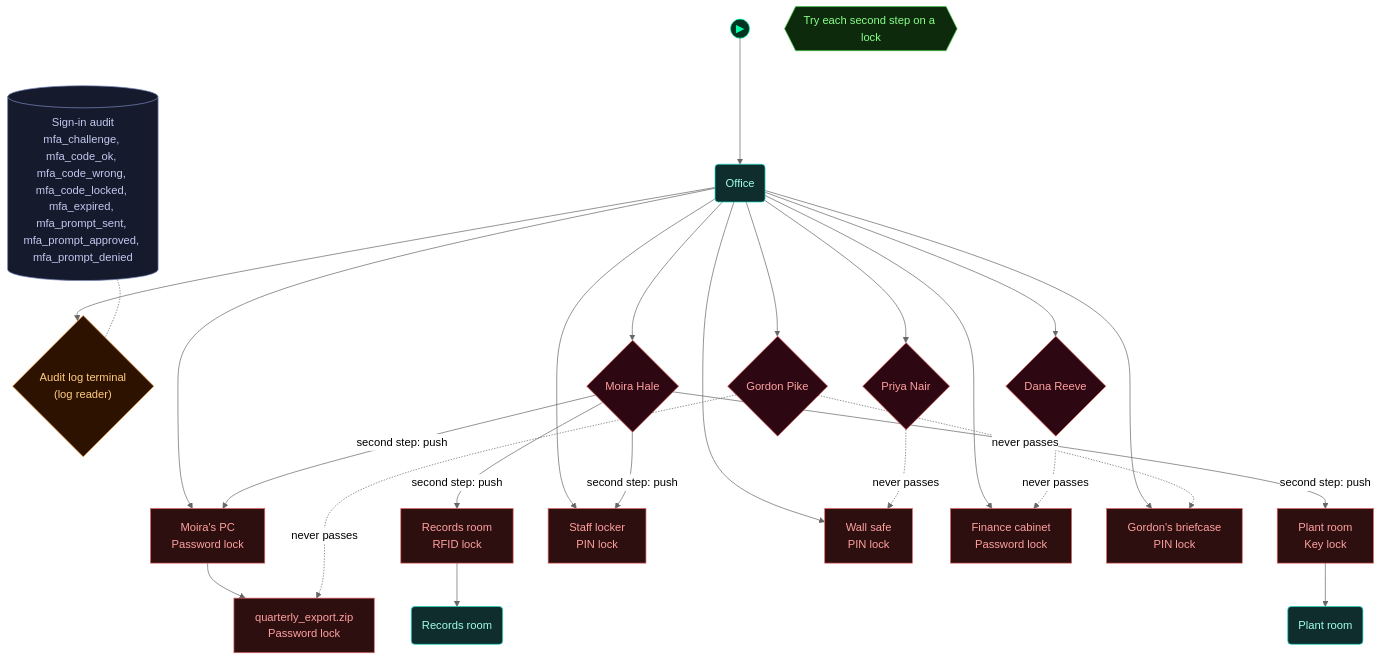
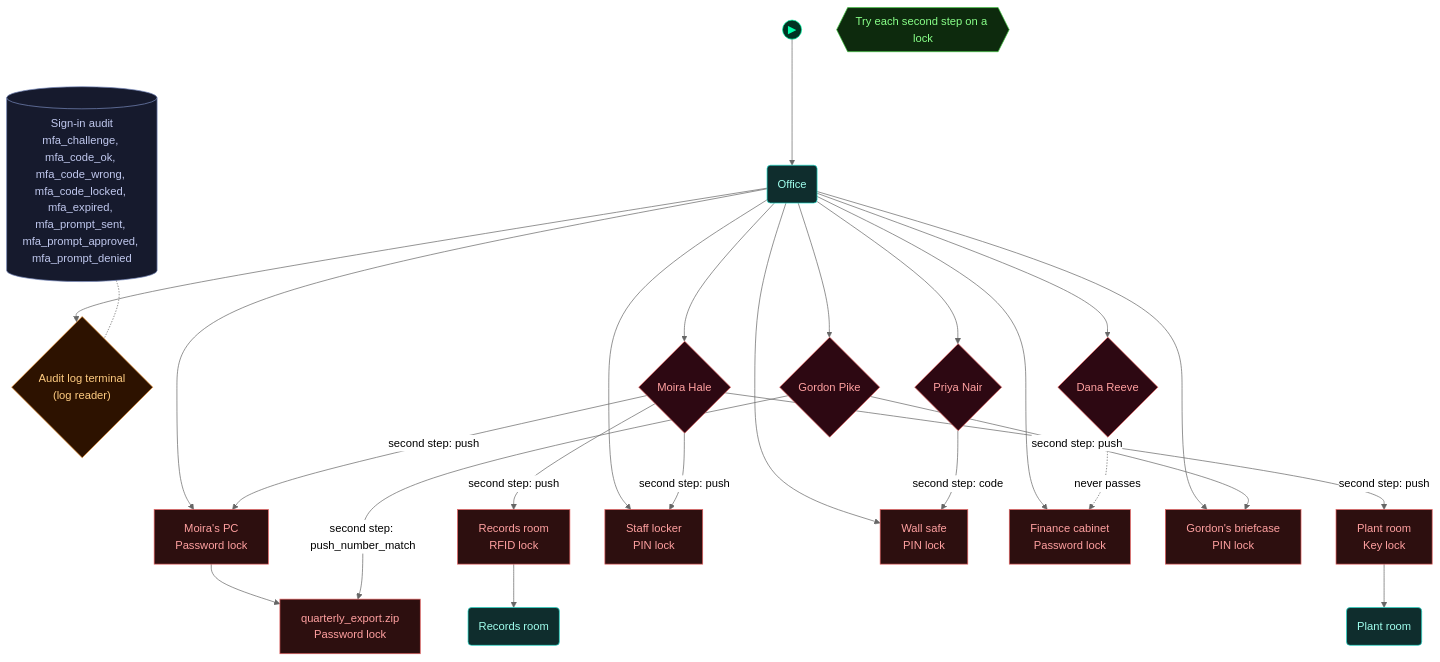
Before and after one commit to cliffe/BreakEscape: the third of 5 diagrams in scenarios/test_ops_lock_step/dungeon_graph.md, drawn with Mermaid (neutral theme). The commit also changed other lines of this file and 4 other files, not shown here.

Commit message:
Ops S8c unit 07 follow-up: the graph reads ink when judging whether a second step can pass

````diff
--- a/scenarios/test_ops_lock_step/dungeon_graph.md
+++ b/scenarios/test_ops_lock_step/dungeon_graph.md
@@ -157,72 +157,72 @@
 ```mermaid
 flowchart TD
 
   classDef room      fill:#0f2d2d,stroke:#22ddcc,color:#a0ffee
   classDef lock      fill:#2d0f0f,stroke:#e66060,color:#ffa0a0
   classDef key       fill:#2d0812,stroke:#e66060,color:#ffa0a0
   classDef item      fill:#2d1200,stroke:#e89030,color:#ffcc80
   classDef gate      fill:#111,stroke:#666,color:#eee
   classDef vm        fill:#0c1f40,stroke:#4a90d9,color:#a0c8ff
   classDef flag      fill:#1a0c2d,stroke:#9060d0,color:#cc99ff
   classDef action    fill:#1a1200,stroke:#cc9922,color:#ffee88
   classDef aim       fill:#0d2a0d,stroke:#44cc44,color:#88ff88
   classDef aim_gate  fill:#111111,stroke:#44cc44,color:#44cc44
   classDef container fill:#1a2d1a,stroke:#60b060,color:#a0e0a0
   classDef npc       fill:#2d1f0d,stroke:#d0a050,color:#ffe0a0
   classDef note      fill:#161a2d,stroke:#7788bb,color:#c0c8ee
   classDef critical  fill:#2a1500,stroke:#ffaa00,color:#ffdd88
   classDef start     fill:#003322,stroke:#00ffaa,color:#00ffaa
 
   node_start(("▶"))
   node_start --> office
 
   door_records_room["Records room<br/>RFID lock"]
   records_room("Records room")
   door_plant_room["Plant room<br/>Key lock"]
   plant_room("Plant room")
   lock_moira_pc["Moira's PC<br/>Password lock"]
   lock_audit_zip["quarterly_export.zip<br/>Password lock"]
   lock_moira_locker["Staff locker<br/>PIN lock"]
   lock_priya_safe["Wall safe<br/>PIN lock"]
   lock_dana_cabinet["Finance cabinet<br/>Password lock"]
   office("Office")
   log_step_audit[("Sign-in audit<br/>mfa_challenge, mfa_code_ok, mfa_code_wrong, mfa_code_locked, mfa_expired, mfa_prompt_sent, mfa_prompt_approved, mfa_prompt_denied")]
   reader_audit_log_pc{"Audit log terminal<br/>(log reader)"}
   npc_moira_hale{"Moira Hale"}
   npc_gordon_pike{"Gordon Pike"}
   npc_priya_nair{"Priya Nair"}
   npc_dana_reeve{"Dana Reeve"}
   lock_gordon_briefcase["Gordon's briefcase<br/>PIN lock"]
   aim_step_beats{{"Try each second step on a lock"}}
 
   door_records_room --> records_room
   door_plant_room --> plant_room
   office --> lock_moira_pc
   lock_moira_pc --> lock_audit_zip
   office --> lock_moira_locker
   office --> lock_priya_safe
   office --> lock_dana_cabinet
   office --> reader_audit_log_pc
   log_step_audit -.- reader_audit_log_pc
   office --> npc_moira_hale
   npc_moira_hale -->|second step: push| lock_moira_pc
   office --> npc_gordon_pike
-  npc_gordon_pike -.->|never passes| lock_audit_zip
+  npc_gordon_pike -->|second step: push_number_match| lock_audit_zip
   npc_moira_hale -->|second step: push| lock_moira_locker
   office --> npc_priya_nair
-  npc_priya_nair -.->|never passes| lock_priya_safe
+  npc_priya_nair -->|second step: code| lock_priya_safe
   office --> npc_dana_reeve
   npc_dana_reeve -.->|never passes| lock_dana_cabinet
   office --> lock_gordon_briefcase
-  npc_gordon_pike -.->|never passes| lock_gordon_briefcase
+  npc_gordon_pike -->|second step: push| lock_gordon_briefcase
   npc_moira_hale -->|second step: push| door_records_room
   npc_moira_hale -->|second step: push| door_plant_room
 
   class door_records_room,door_plant_room,lock_moira_pc,lock_audit_zip,lock_moira_locker,lock_priya_safe,lock_dana_cabinet,lock_gordon_briefcase lock
   class records_room,plant_room,office room
   class log_step_audit note
   class reader_audit_log_pc item
   class npc_moira_hale,npc_gordon_pike,npc_priya_nair,npc_dana_reeve key
   class aim_step_beats aim
   class node_start start
 ```
````
